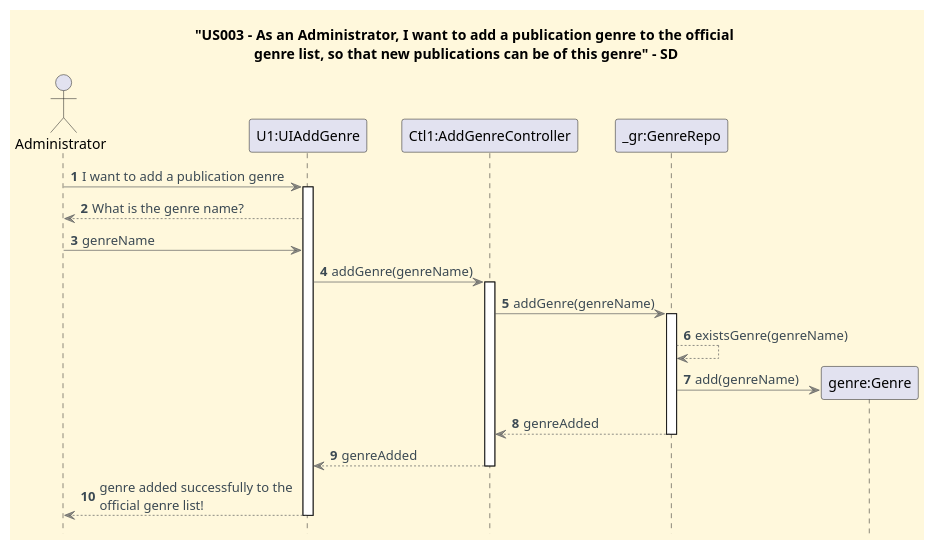
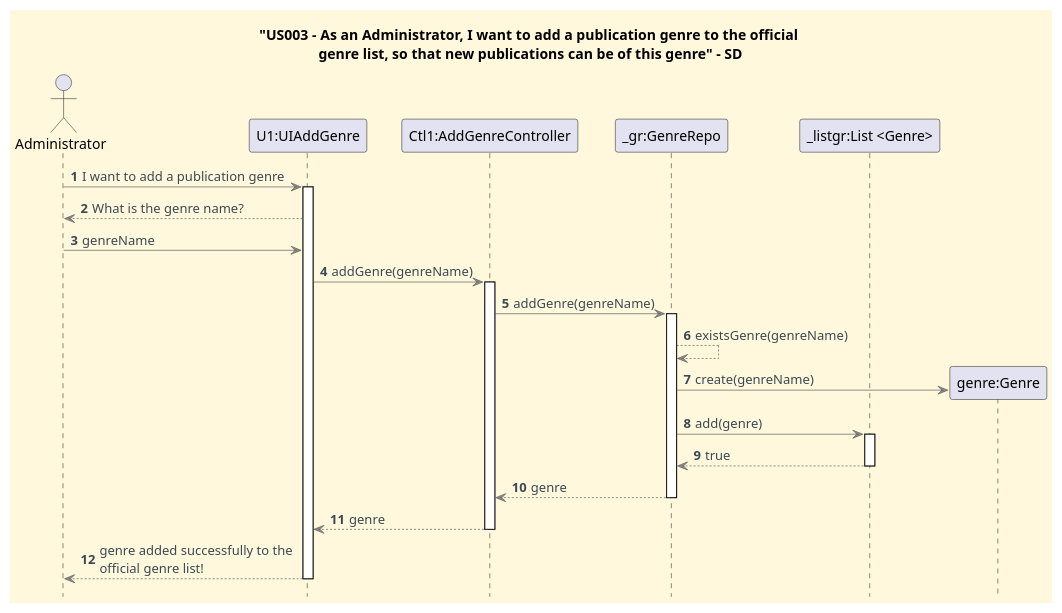
Before and after one commit to CarolinaLeite-collab/JavaMarketplacePlatform: the diagram in docs/userStories/US003/US003_add_genre_SD.puml, drawn with PlantUML.

Commit message:
Changes to the SD for US003 #146

```diff
--- a/docs/userStories/US003/US003_add_genre_SD.puml
+++ b/docs/userStories/US003/US003_add_genre_SD.puml
@@ -1,49 +1,55 @@
 @startuml
 
 title "US003 - As an Administrator, I want to add a publication genre to the official \ngenre list, so that new publications can be of this genre" - SD
 
 '==== basic style ====
 skinparam monochrome false
 skinparam shadowing false
 skinparam defaultFontName Futura
 skinparam objectFontSize 20
 skinparam backgroundColor CornSilk
 skinparam objectBackgroundColor WhiteSmoke
 skinparam noteBackgroundColor #FFFFE0
 skinparam ArrowFontColor #3B4953
 skinparam ArrowColor #57595BAA
 skinparam ActivationBackgroundColor WhiteSmoke
 hidefootbox
 
 autonumber
 
 actor Administrator
 participant "U1:UIAddGenre" as UI
 participant "Ctl1:AddGenreController" as Ctl
 participant "_gr:GenreRepo" as gr
+participant "_listgr:List <Genre>" as list
 
 Administrator -> UI: I want to add a publication genre
 activate UI
 
 UI --> Administrator: What is the genre name?
 Administrator -> UI: genreName
 
 UI -> Ctl: addGenre(genreName)
 activate Ctl
 
 Ctl -> gr: addGenre(genreName)
 activate gr
 gr --> gr: existsGenre(genreName)
 
 create "genre:Genre"
-gr -> "genre:Genre": add(genreName)
-gr --> Ctl: genreAdded
+gr -> "genre:Genre": create(genreName)
+
+gr -> list: add(genre)
+activate list
+list --> gr: true
+deactivate list
+gr --> Ctl: genre
 deactivate gr
 
-Ctl --> UI: genreAdded
+Ctl --> UI: genre
 deactivate Ctl
 
 UI --> Administrator: genre added successfully to the \nofficial genre list!
 deactivate UI
 
 @enduml
```
